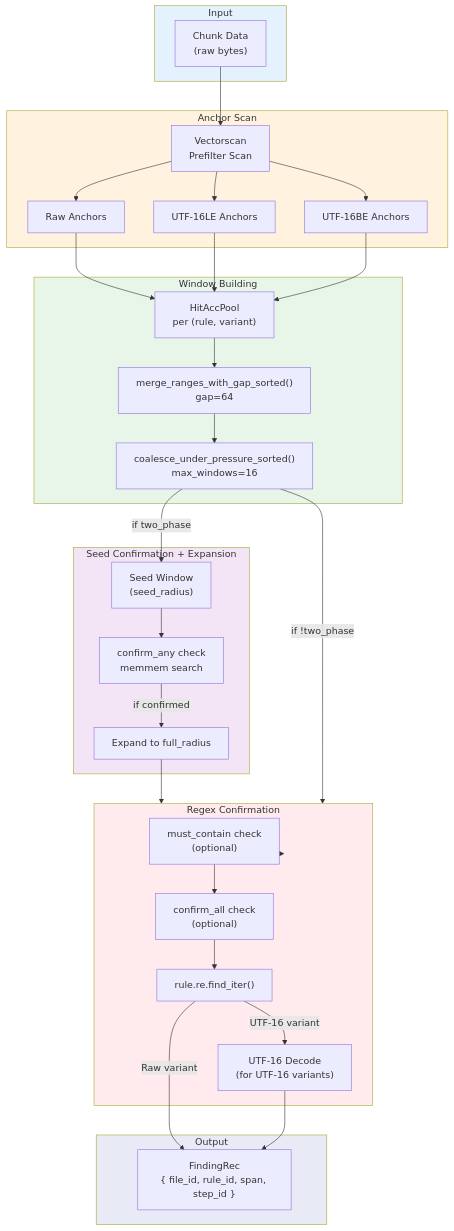
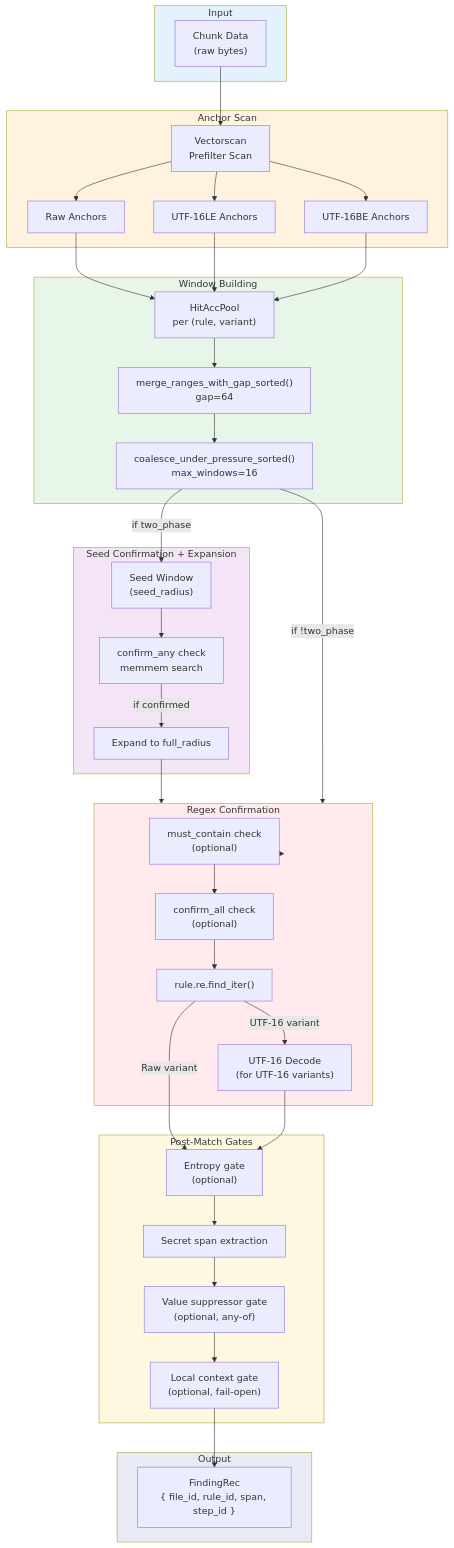
Before and after one commit to ahrav/scratch-scanner-rs: the first of 4 diagrams in docs/detection-engine.md, drawn with Mermaid. The commit also changed other lines of this file and 3 other files, not shown here.

First line of the commit message:
Add value suppressor gate for secrets

````diff
--- a/docs/detection-engine.md
+++ b/docs/detection-engine.md
@@ -5,70 +5,82 @@
 ```mermaid
 flowchart TB
     subgraph Input["Input"]
         Chunk["Chunk Data<br/>(raw bytes)"]
     end
 
     subgraph AnchorScan["Anchor Scan"]
         VS["Vectorscan<br/>Prefilter Scan"]
         Raw["Raw Anchors"]
         U16LE["UTF-16LE Anchors"]
         U16BE["UTF-16BE Anchors"]
     end
 
     subgraph WindowBuild["Window Building"]
         HitAcc["HitAccPool<br/>per (rule, variant)"]
         Merge["merge_ranges_with_gap_sorted()<br/>gap=64"]
         Coalesce["coalesce_under_pressure_sorted()<br/>max_windows=16"]
     end
 
     subgraph SeedConfirm["Seed Confirmation + Expansion"]
         SeedWin["Seed Window<br/>(seed_radius)"]
         Confirm["confirm_any check<br/>memmem search"]
         Expand["Expand to full_radius"]
     end
 
     subgraph RegexConfirm["Regex Confirmation"]
         MustContain["must_contain check<br/>(optional)"]
         ConfirmAll["confirm_all check<br/>(optional)"]
         Regex["rule.re.find_iter()"]
         UTF16Dec["UTF-16 Decode<br/>(for UTF-16 variants)"]
     end
 
+    subgraph PostMatch["Post-Match Gates"]
+        Entropy["Entropy gate<br/>(optional)"]
+        SecretExtract["Secret span extraction"]
+        ValueSuppressors["Value suppressor gate<br/>(optional, any-of)"]
+        LocalCtx["Local context gate<br/>(optional, fail-open)"]
+    end
+
     subgraph Output["Output"]
         FindingRec["FindingRec<br/>{ file_id, rule_id, span, step_id }"]
     end
 
     Chunk --> VS
     VS --> Raw
     VS --> U16LE
     VS --> U16BE
 
     Raw --> HitAcc
     U16LE --> HitAcc
     U16BE --> HitAcc
 
     HitAcc --> Merge
     Merge --> Coalesce
 
     Coalesce --> |"if two_phase"| SeedWin
     SeedWin --> Confirm
     Confirm --> |"if confirmed"| Expand
     Expand --> RegexConfirm
 
     Coalesce --> |"if !two_phase"| RegexConfirm
 
     RegexConfirm --> MustContain
     MustContain --> ConfirmAll
     ConfirmAll --> Regex
-    Regex --> |"Raw variant"| FindingRec
+    Regex --> |"Raw variant"| Entropy
+    Regex --> |"UTF-16 variant"| UTF16Dec
+    UTF16Dec --> Entropy
 
-    Regex --> |"UTF-16 variant"| UTF16Dec
-    UTF16Dec --> FindingRec
+    Entropy --> SecretExtract
+    SecretExtract --> ValueSuppressors
+    ValueSuppressors --> LocalCtx
+    LocalCtx --> FindingRec
 
     style Input fill:#e3f2fd
     style AnchorScan fill:#fff3e0
     style WindowBuild fill:#e8f5e9
     style SeedConfirm fill:#f3e5f5
     style RegexConfirm fill:#ffebee
+    style PostMatch fill:#fff8e1
     style Output fill:#e8eaf6
 ```
````
